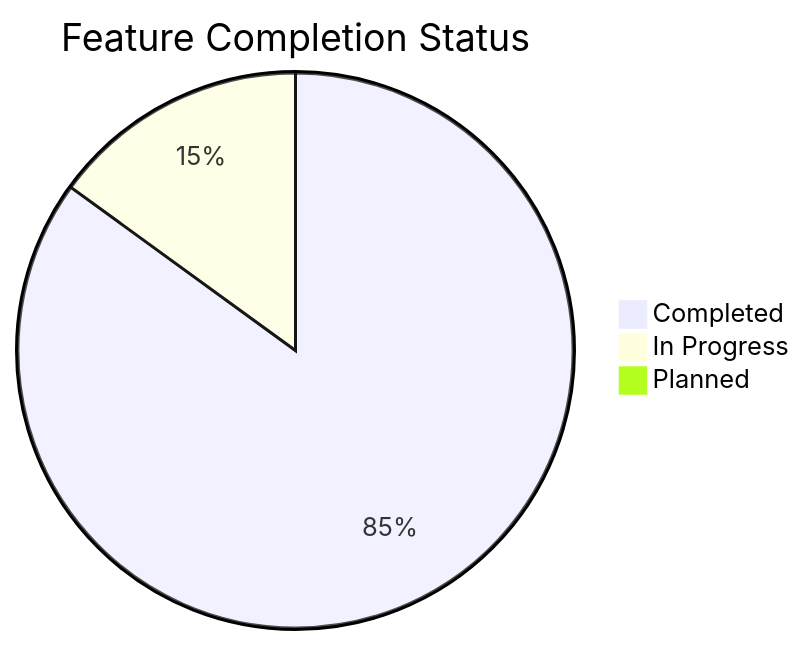
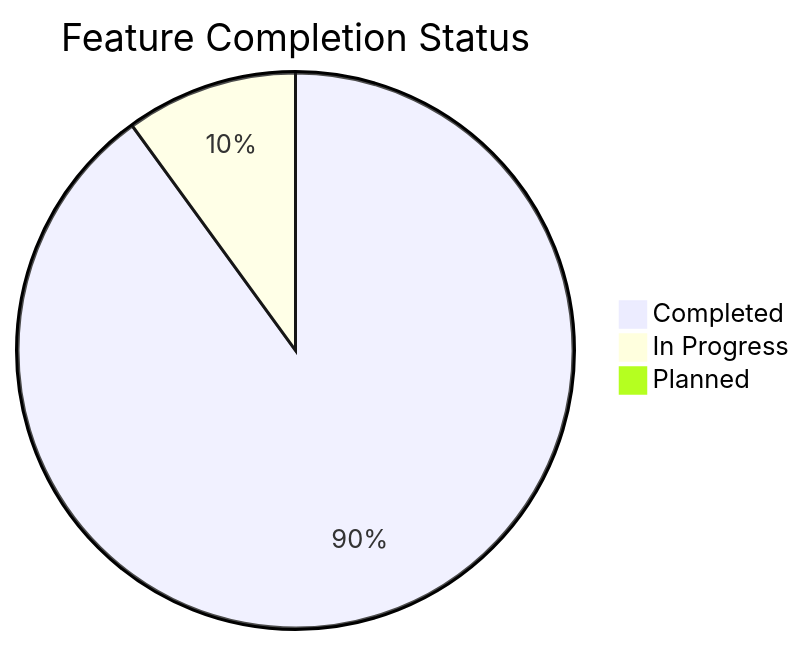
One commit to mrj0nesmtl/cloud-burst changed the second of 2 diagrams in docs/planning/roadmap.md. Above: the diagram before and after it, drawn with Mermaid. The commit also changed other lines of this file and 43 other files, not shown here.

````diff
--- a/docs/planning/roadmap.md
+++ b/docs/planning/roadmap.md
@@ -300,6 +310,6 @@
 ```mermaid
 pie title Feature Completion Status
-    "Completed" : 85
-    "In Progress" : 15
+    "Completed" : 90
+    "In Progress" : 10
     "Planned" : 0
 ```
````
